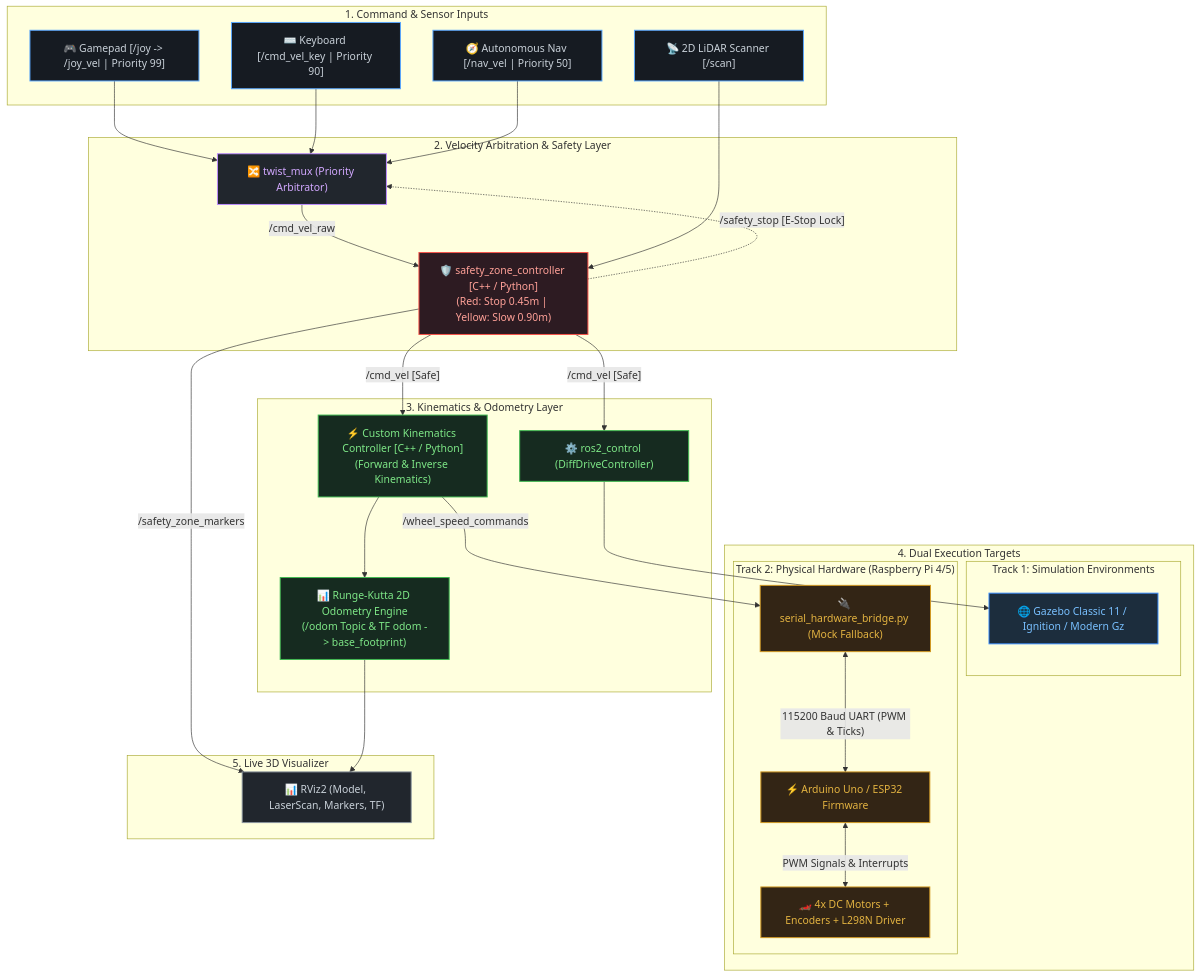
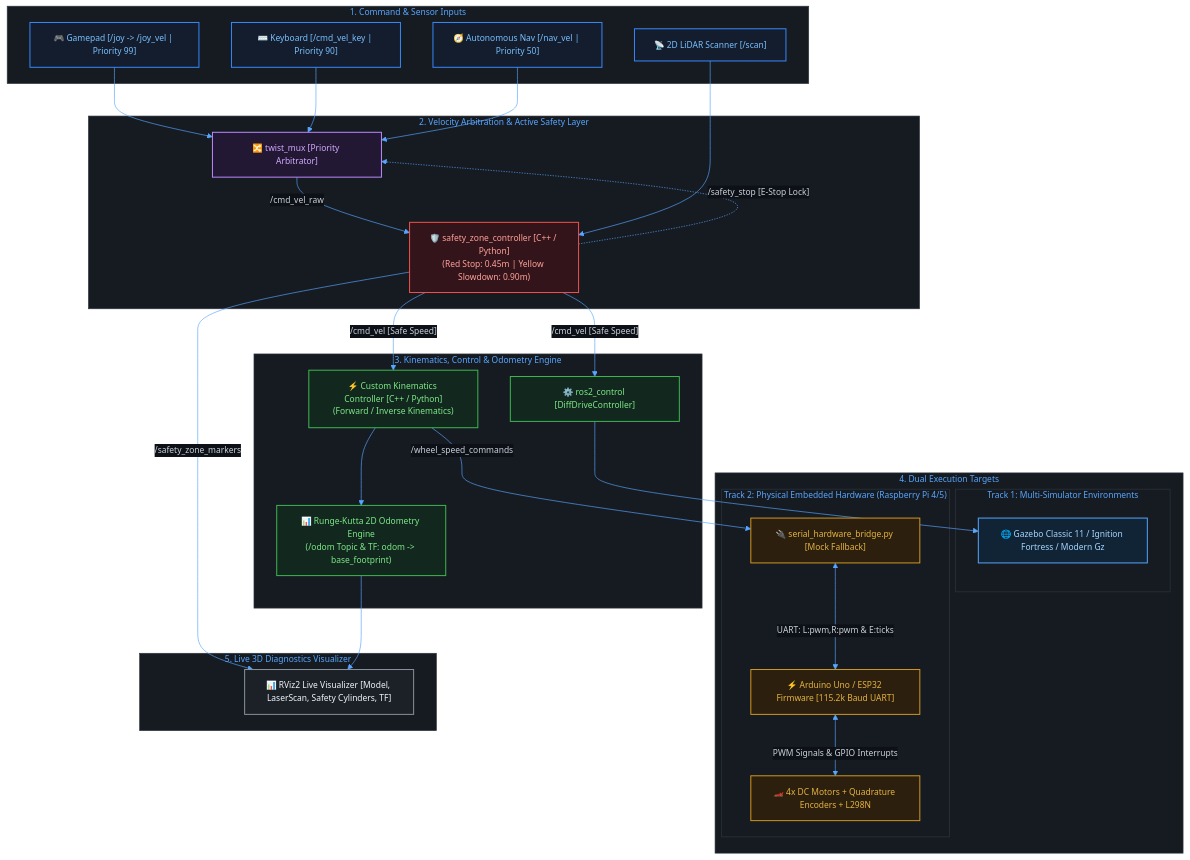
One commit to rahul-r-joshua/ROS2-Mobile-Robot-Masterclass changed the diagram in README.md. Above: the diagram before and after it, drawn with Mermaid.

Commit message:
style(docs): apply dark theme initialization and high-contrast styling to Mermaid flowchart

````diff
--- a/README.md
+++ b/README.md
@@ -73,13 +73,33 @@
 ```mermaid
+%%{init: {
+  'theme': 'base',
+  'themeVariables': {
+    'darkMode': true,
+    'background': '#0d1117',
+    'primaryColor': '#161b22',
+    'primaryTextColor': '#c9d1d9',
+    'primaryBorderColor': '#30363d',
+    'lineColor': '#58a6ff',
+    'secondaryColor': '#0d1117',
+    'tertiaryColor': '#161b22',
+    'mainBkg': '#0d1117',
+    'nodeBorder': '#30363d',
+    'clusterBkg': '#161b22',
+    'clusterBorder': '#30363d',
+    'titleColor': '#58a6ff',
+    'edgeLabelBackground': '#0d1117',
+    'fontSize': '13px'
+  }
+}}%%
 flowchart TD
-    %% Global Styling Classes
-    classDef inNode fill:#161b22,stroke:#58a6ff,stroke-width:1.5px,color:#c9d1d9;
-    classDef muxNode fill:#21262d,stroke:#bc8cff,stroke-width:1.5px,color:#d2a8ff;
-    classDef safeNode fill:#2d1b22,stroke:#f85149,stroke-width:1.5px,color:#ffa198;
-    classDef ctrlNode fill:#162b20,stroke:#3fb950,stroke-width:1.5px,color:#7ee787;
-    classDef simNode fill:#1c2d3d,stroke:#388bfd,stroke-width:1.5px,color:#79c0ff;
-    classDef hwNode fill:#332515,stroke:#d29922,stroke-width:1.5px,color:#e3b341;
-    classDef vizNode fill:#21262d,stroke:#8b949e,stroke-width:1.5px,color:#c9d1d9;
+    %% Custom Styling Classes for Dark Aesthetic
+    classDef inNode fill:#131d2e,stroke:#388bfd,stroke-width:1.5px,color:#79c0ff;
+    classDef muxNode fill:#221833,stroke:#bc8cff,stroke-width:1.5px,color:#d2a8ff;
+    classDef safeNode fill:#33141a,stroke:#f85149,stroke-width:1.5px,color:#ffa198;
+    classDef ctrlNode fill:#12281e,stroke:#3fb950,stroke-width:1.5px,color:#7ee787;
+    classDef simNode fill:#102436,stroke:#58a6ff,stroke-width:1.5px,color:#a5d6ff;
+    classDef hwNode fill:#2d1f0d,stroke:#d29922,stroke-width:1.5px,color:#e3b341;
+    classDef vizNode fill:#1c2128,stroke:#8b949e,stroke-width:1.5px,color:#f0f6fc;
 
     subgraph IN["1. Command & Sensor Inputs"]
         JOY["🎮 Gamepad [/joy -> /joy_vel | Priority 99]"]:::inNode
@@ -88,33 +108,33 @@
         LIDAR["📡 2D LiDAR Scanner [/scan]"]:::inNode
     end
 
-    subgraph ARB["2. Velocity Arbitration & Safety Layer"]
-        TMUX["🔀 twist_mux (Priority Arbitrator)"]:::muxNode
-        SAFE["🛡️ safety_zone_controller [C++ / Python]<br/>(Red: Stop 0.45m | Yellow: Slow 0.90m)"]:::safeNode
+    subgraph ARB["2. Velocity Arbitration & Active Safety Layer"]
+        TMUX["🔀 twist_mux [Priority Arbitrator]"]:::muxNode
+        SAFE["🛡️ safety_zone_controller [C++ / Python]<br/>(Red Stop: 0.45m | Yellow Slowdown: 0.90m)"]:::safeNode
     end
 
-    subgraph CTRL["3. Kinematics & Odometry Layer"]
-        R2C["⚙️ ros2_control (DiffDriveController)"]:::ctrlNode
-        DIFF["⚡ Custom Kinematics Controller [C++ / Python]<br/>(Forward & Inverse Kinematics)"]:::ctrlNode
-        ODOM["📊 Runge-Kutta 2D Odometry Engine<br/>(/odom Topic & TF odom -> base_footprint)"]:::ctrlNode
+    subgraph CTRL["3. Kinematics, Control & Odometry Engine"]
+        R2C["⚙️ ros2_control [DiffDriveController]"]:::ctrlNode
+        DIFF["⚡ Custom Kinematics Controller [C++ / Python]<br/>(Forward / Inverse Kinematics)"]:::ctrlNode
+        ODOM["📊 Runge-Kutta 2D Odometry Engine<br/>(/odom Topic & TF: odom -> base_footprint)"]:::ctrlNode
     end
 
     subgraph TARGETS["4. Dual Execution Targets"]
-        subgraph SIM["Track 1: Simulation Environments"]
-            GZ["🌐 Gazebo Classic 11 / Ignition / Modern Gz"]:::simNode
+        subgraph SIM["Track 1: Multi-Simulator Environments"]
+            GZ["🌐 Gazebo Classic 11 / Ignition Fortress / Modern Gz"]:::simNode
         end
-        subgraph HW["Track 2: Physical Hardware (Raspberry Pi 4/5)"]
-            BRIDGE["🔌 serial_hardware_bridge.py (Mock Fallback)"]:::hwNode
-            MCU["⚡ Arduino Uno / ESP32 Firmware"]:::hwNode
-            MOTORS["🏎️ 4x DC Motors + Encoders + L298N Driver"]:::hwNode
+        subgraph HW["Track 2: Physical Embedded Hardware (Raspberry Pi 4/5)"]
+            BRIDGE["🔌 serial_hardware_bridge.py [Mock Fallback]"]:::hwNode
+            MCU["⚡ Arduino Uno / ESP32 Firmware [115.2k Baud UART]"]:::hwNode
+            MOTORS["🏎️ 4x DC Motors + Quadrature Encoders + L298N"]:::hwNode
         end
     end
 
-    subgraph VIZ["5. Live 3D Visualizer"]
-        RVIZ["📊 RViz2 (Model, LaserScan, Markers, TF)"]:::vizNode
+    subgraph VIZ["5. Live 3D Diagnostics Visualizer"]
+        RVIZ["📊 RViz2 Live Visualizer [Model, LaserScan, Safety Cylinders, TF]"]:::vizNode
     end
 
-    %% Routing & Dataflow
+    %% Dataflow & Topic Routing
     JOY --> TMUX
     KEY --> TMUX
     NAV --> TMUX
@@ -123,13 +143,13 @@
     SAFE -.->|"/safety_stop [E-Stop Lock]"| TMUX
     SAFE -->|"/safety_zone_markers"| RVIZ
     
-    SAFE -->|"/cmd_vel [Safe]"| R2C
-    SAFE -->|"/cmd_vel [Safe]"| DIFF
+    SAFE -->|"/cmd_vel [Safe Speed]"| R2C
+    SAFE -->|"/cmd_vel [Safe Speed]"| DIFF
 
     R2C --> GZ
     DIFF --> ODOM
     ODOM --> RVIZ
     DIFF -->|"/wheel_speed_commands"| BRIDGE
-    BRIDGE <-->|"115200 Baud UART (PWM & Ticks)"| MCU
-    MCU <-->|"PWM Signals & Interrupts"| MOTORS
+    BRIDGE <-->|"UART: L:pwm,R:pwm & E:ticks"| MCU
+    MCU <-->|"PWM Signals & GPIO Interrupts"| MOTORS
 ```
````
